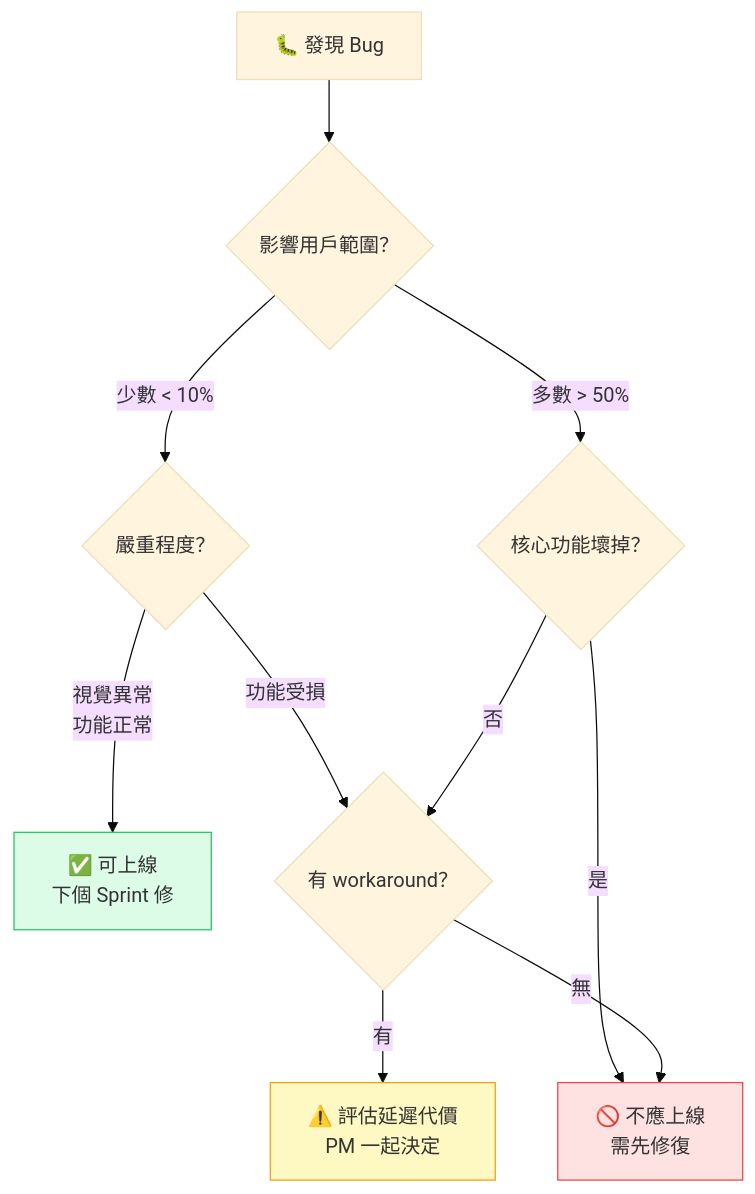
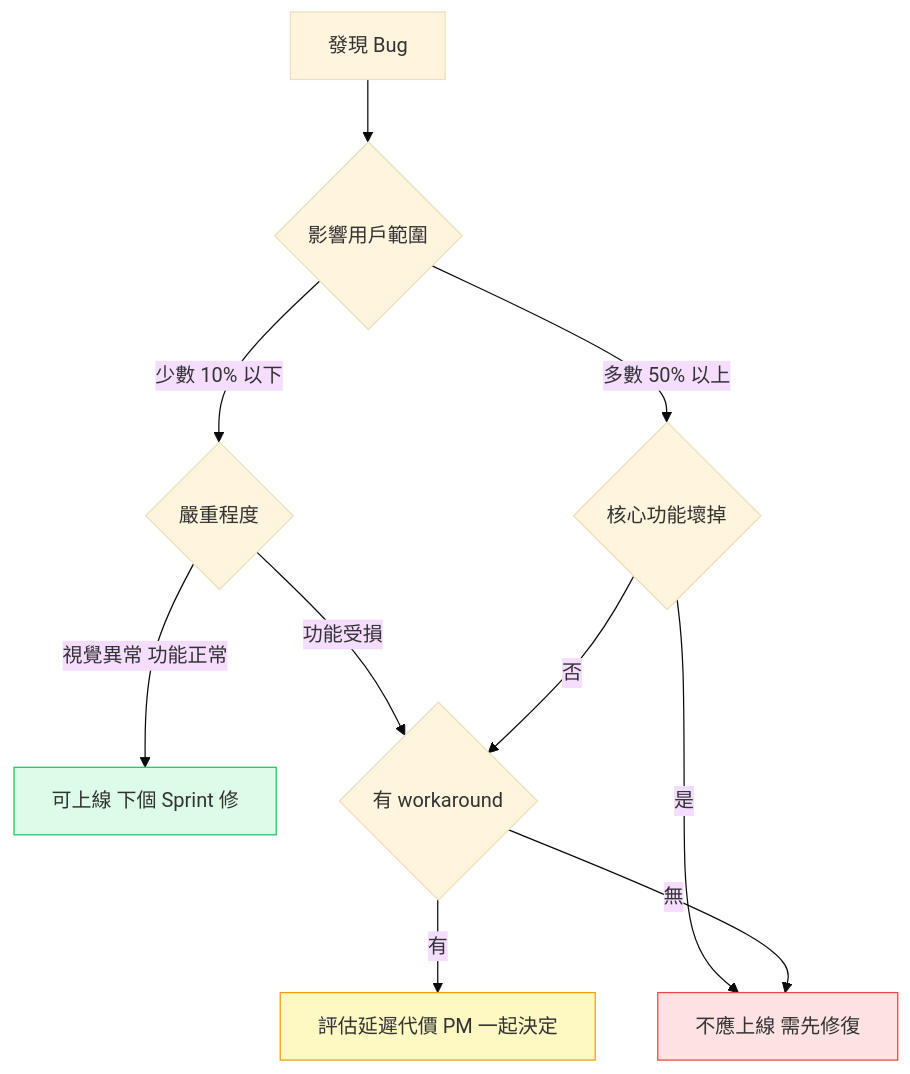
Before and after one commit to jimmyhong065/jimmy-hong-portfolio: the diagram in docs/drafts/when-to-ship.md, drawn with Mermaid (base theme). The commit also changed 28 other files, not shown here.

````diff
--- a/docs/drafts/when-to-ship.md
+++ b/docs/drafts/when-to-ship.md
@@ -48,16 +48,15 @@
 ```mermaid
 flowchart TD
-    START["🐛 發現 Bug"] --> Q1{"影響用戶範圍？"}
-    Q1 -->|"少數 < 10%"| Q2{"嚴重程度？"}
-    Q1 -->|"多數 > 50%"| Q2B{"核心功能壞掉？"}
-    Q2 -->|"視覺異常\n功能正常"| SHIP["✅ 可上線\n下個 Sprint 修"]
-    Q2 -->|"功能受損"| Q3{"有 workaround？"}
-    Q2B -->|"是"| BLOCK["🚫 不應上線\n需先修復"]
-    Q2B -->|"否"| Q3
-    Q3 -->|"有"| RISK["⚠️ 評估延遲代價\nPM 一起決定"]
-    Q3 -->|"無"| BLOCK
-
+    START[發現 Bug] --> Q1{影響用戶範圍}
+    Q1 -->|少數 10% 以下| Q2{嚴重程度}
+    Q1 -->|多數 50% 以上| Q2B{核心功能壞掉}
+    Q2 -->|視覺異常 功能正常| SHIP[可上線 下個 Sprint 修]
+    Q2 -->|功能受損| Q3{有 workaround}
+    Q2B -->|是| BLOCK[不應上線 需先修復]
+    Q2B -->|否| Q3
+    Q3 -->|有| RISK[評估延遲代價 PM 一起決定]
+    Q3 -->|無| BLOCK
     style SHIP fill:#dcfce7,stroke:#22c55e
     style BLOCK fill:#fee2e2,stroke:#ef4444
     style RISK fill:#fef9c3,stroke:#f59e0b
 ```
````
